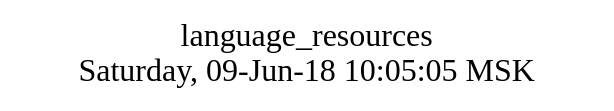
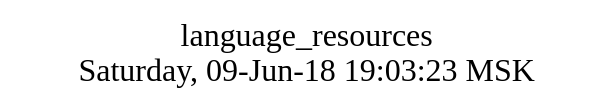
One commit to AplaProject/apps changed the diagram in src/basic/language_resources/struct.dot. Above: the diagram before and after it, drawn with Graphviz. The commit also changed 9 other files, not shown here.

```diff
--- a/src/basic/language_resources/struct.dot
+++ b/src/basic/language_resources/struct.dot
@@ -1,10 +1,10 @@
 digraph G {
 graph [
   fontsize="24";
-  label="language_resources\nSaturday, 09-Jun-18 10:05:05 MSK";
+  label="language_resources\nSaturday, 09-Jun-18 19:03:23 MSK";
   nojustify=true;
   ordering=out;
   rankdir=LR;
   size="30";
 ];
 }
```
